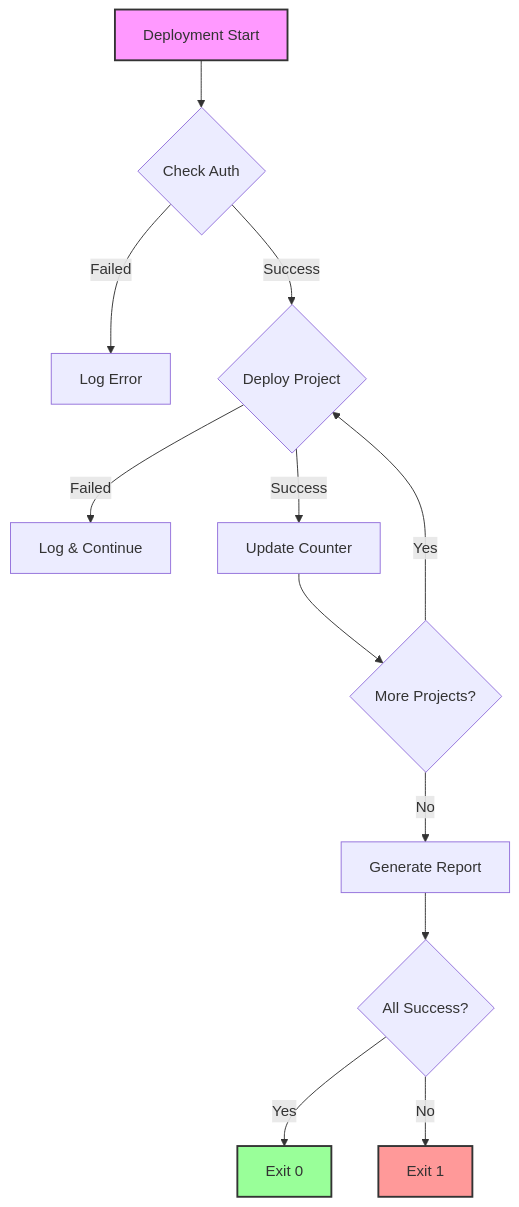
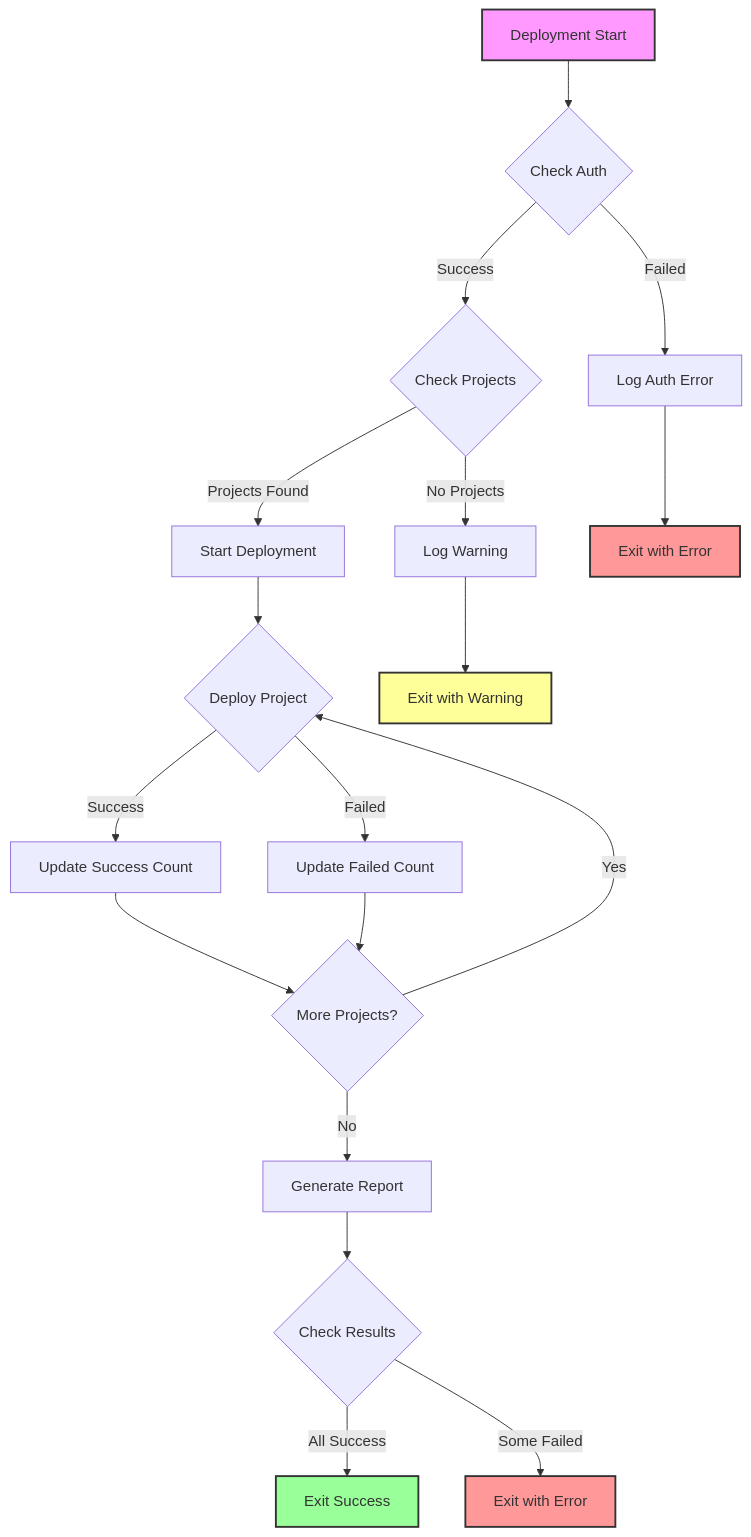
Before and after one commit to klappe-pm/Another-Google-Automation-Repo: the sixth of 6 diagrams in diagrams/DEPLOYMENT_FLOW.md, drawn with Mermaid. The commit also changed other lines of this file and 951 other files, not shown here.

First line of the commit message:
Clean up old eslint scan results and update diagrams

````diff
--- a/diagrams/DEPLOYMENT_FLOW.md
+++ b/diagrams/DEPLOYMENT_FLOW.md
@@ -97,18 +172,31 @@
 ```mermaid
 flowchart TD
     A[Deployment Start] --> B{Check Auth}
-    B -->|Failed| C[Log Error]
-    B -->|Success| D{Deploy Project}
-    D -->|Failed| E[Log & Continue]
-    D -->|Success| F[Update Counter]
-    F --> G{More Projects?}
-    G -->|Yes| D
-    G -->|No| H[Generate Report]
-    H --> I{All Success?}
-    I -->|Yes| J[Exit 0]
-    I -->|No| K[Exit 1]
+    B -->|Failed| C[Log Auth Error]
+    B -->|Success| D{Check Projects}
+    
+    D -->|No Projects| E[Log Warning]
+    D -->|Projects Found| F[Start Deployment]
+    
+    F --> G{Deploy Project}
+    G -->|Success| H[Update Success Count]
+    G -->|Failed| I[Update Failed Count]
+    
+    H --> J{More Projects?}
+    I --> J
+    J -->|Yes| G
+    J -->|No| K[Generate Report]
+    
+    K --> L{Check Results}
+    L -->|All Success| M[Exit Success]
+    L -->|Some Failed| N[Exit with Error]
+    
+    C --> O[Exit with Error]
+    E --> P[Exit with Warning]
     
     style A fill:#f9f,stroke:#333,stroke-width:2px
-    style J fill:#9f9,stroke:#333,stroke-width:2px
-    style K fill:#f99,stroke:#333,stroke-width:2px
+    style M fill:#9f9,stroke:#333,stroke-width:2px
+    style N fill:#f99,stroke:#333,stroke-width:2px
+    style O fill:#f99,stroke:#333,stroke-width:2px
+    style P fill:#ff9,stroke:#333,stroke-width:2px
 ```
````
